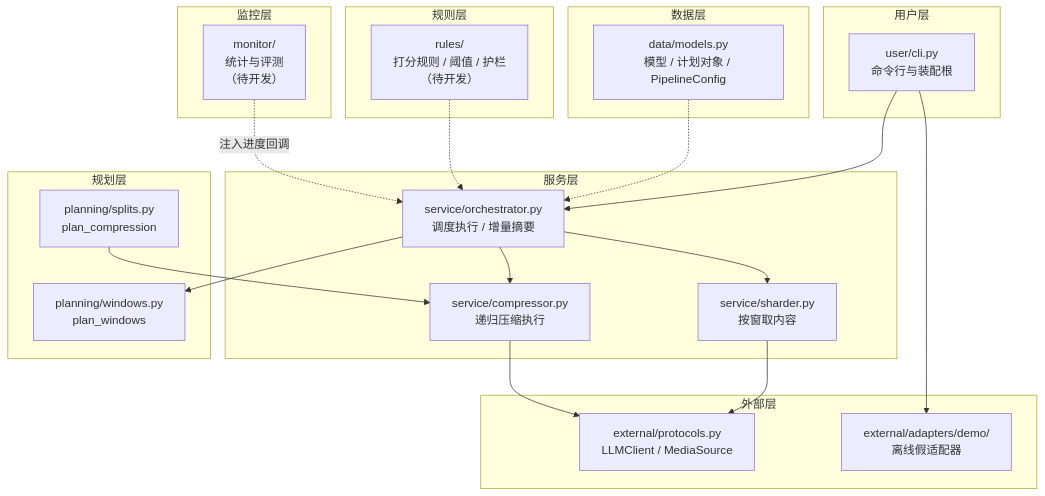
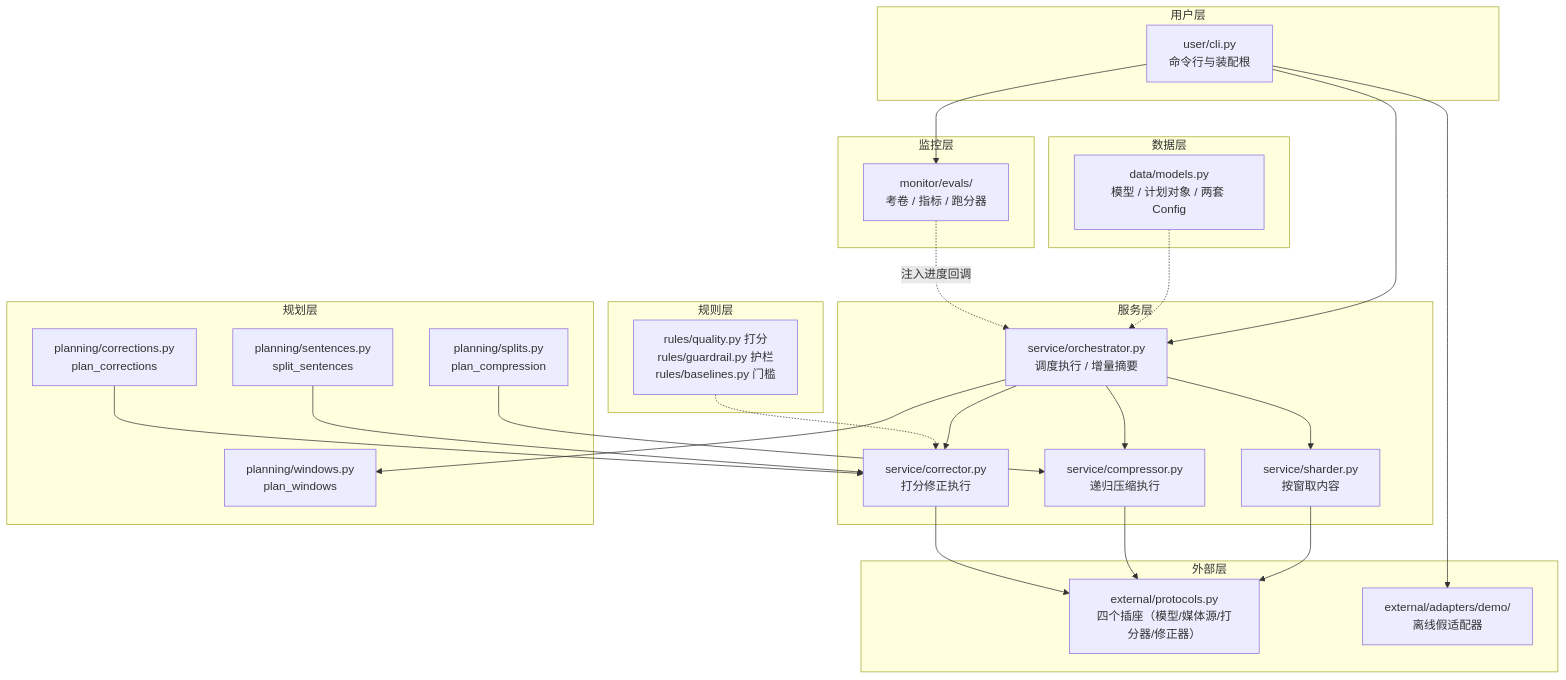
One commit to y521188/vidrecap-agent changed the diagram in docs/ARCHITECTURE.md. Above: the diagram before and after it, drawn with Mermaid. The commit also changed other lines of this file and 27 other files, not shown here.

````diff
--- a/docs/ARCHITECTURE.md
+++ b/docs/ARCHITECTURE.md
@@ -16,40 +16,48 @@
 ```mermaid
 flowchart TB
     subgraph 用户层
         CLI["user/cli.py<br/>命令行与装配根"]
     end
     subgraph 服务层
         RC["service/orchestrator.py<br/>调度执行 / 增量摘要"]
         SR["service/sharder.py<br/>按窗取内容"]
         CP["service/compressor.py<br/>递归压缩执行"]
+        CO["service/corrector.py<br/>打分修正执行"]
     end
     subgraph 规划层
         PW["planning/windows.py<br/>plan_windows"]
         PS["planning/splits.py<br/>plan_compression"]
+        SN["planning/sentences.py<br/>split_sentences"]
+        PC["planning/corrections.py<br/>plan_corrections"]
     end
     subgraph 规则层
-        RU["rules/<br/>打分规则 / 阈值 / 护栏<br/>（待开发）"]
+        RU["rules/quality.py 打分<br/>rules/guardrail.py 护栏<br/>rules/baselines.py 门槛"]
     end
     subgraph 数据层
-        MD["data/models.py<br/>模型 / 计划对象 / PipelineConfig"]
+        MD["data/models.py<br/>模型 / 计划对象 / 两套 Config"]
     end
     subgraph 外部层
-        PT["external/protocols.py<br/>LLMClient / MediaSource"]
+        PT["external/protocols.py<br/>四个插座（模型/媒体源/打分器/修正器）"]
         AD["external/adapters/demo/<br/>离线假适配器"]
     end
     subgraph 监控层
-        MO["monitor/<br/>统计与评测<br/>（待开发）"]
+        MO["monitor/evals/<br/>考卷 / 指标 / 跑分器"]
     end
 
     CLI --> RC
+    CLI --> MO
     CLI --> AD
     RC --> PW
     RC --> SR
     RC --> CP
+    RC --> CO
     SR --> PT
     CP --> PT
+    CO --> PT
     PS --> CP
+    SN --> CO
+    PC --> CO
+    RU -.-> CO
     MD -.-> RC
-    RU -.-> RC
     MO -.->|"注入进度回调"| RC
 ```
````
